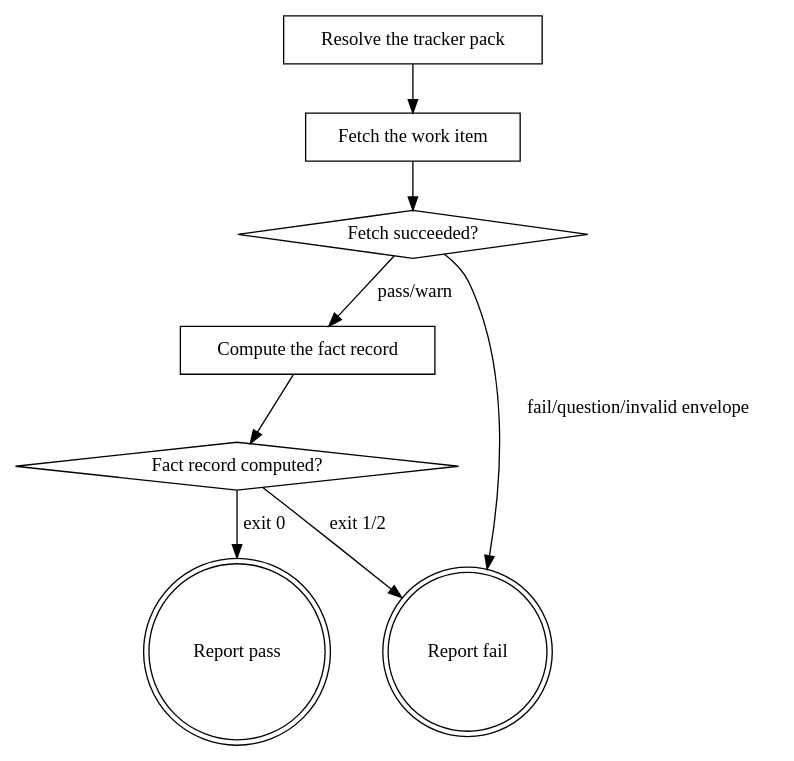
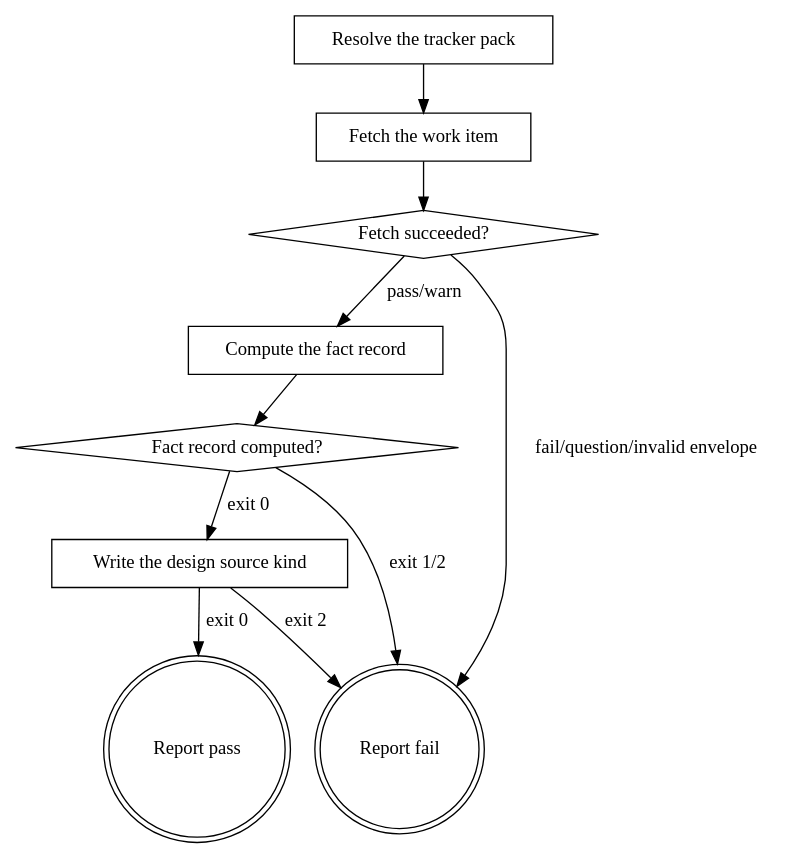
Before and after one commit to agenticDraft/aem-eds-ai-workflow-demo: the diagram in plugins/eds/skills/eds-intake/SKILL.md, drawn with Graphviz. The commit also changed other lines of this file and 16 other files, not shown here.

````diff
--- a/plugins/eds/skills/eds-intake/SKILL.md
+++ b/plugins/eds/skills/eds-intake/SKILL.md
@@ -30,19 +30,22 @@
 ```dot
 digraph eds_intake {
     "Resolve the tracker pack" [shape=box];
     "Fetch the work item" [shape=box];
     "Fetch succeeded?" [shape=diamond];
     "Compute the fact record" [shape=box];
     "Fact record computed?" [shape=diamond];
+    "Write the design source kind" [shape=box];
     "Report fail" [shape=doublecircle];
     "Report pass" [shape=doublecircle];
 
     "Resolve the tracker pack" -> "Fetch the work item";
     "Fetch the work item" -> "Fetch succeeded?";
     "Fetch succeeded?" -> "Compute the fact record" [label="pass/warn"];
     "Fetch succeeded?" -> "Report fail" [label="fail/question/invalid envelope"];
     "Compute the fact record" -> "Fact record computed?";
-    "Fact record computed?" -> "Report pass" [label="exit 0"];
+    "Fact record computed?" -> "Write the design source kind" [label="exit 0"];
     "Fact record computed?" -> "Report fail" [label="exit 1/2"];
+    "Write the design source kind" -> "Report pass" [label="exit 0"];
+    "Write the design source kind" -> "Report fail" [label="exit 2"];
 }
 ```
````
